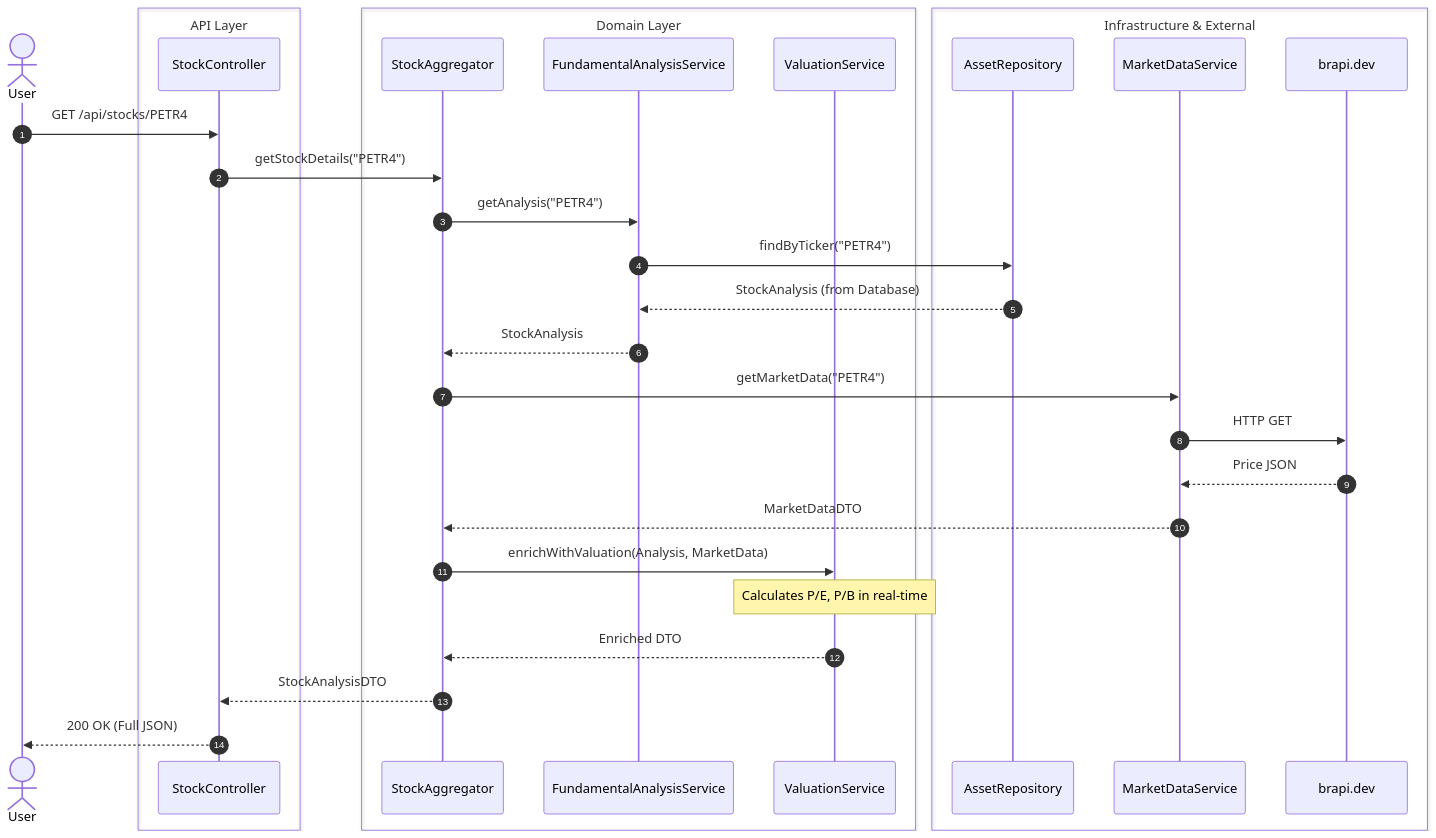
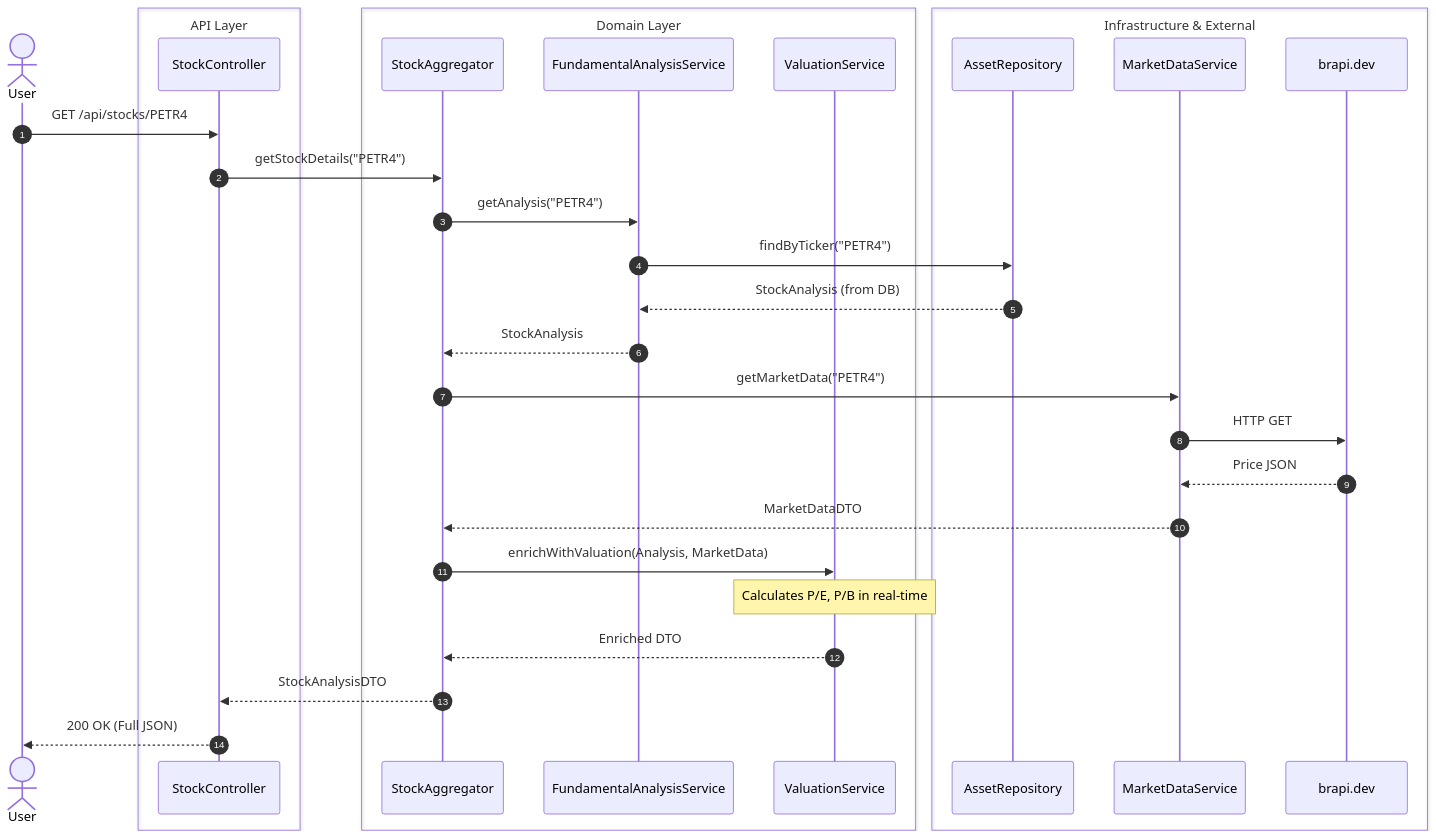
One commit to RaphaelFeijoSalles/acoes-ja-showcase changed the first of 2 diagrams in README-en.md. Above: the diagram before and after it, drawn with Mermaid. The commit also changed other lines of this file and 1 other file, not shown here.

````diff
--- a/README-en.md
+++ b/README-en.md
@@ -39,41 +98,34 @@
 ```mermaid
 sequenceDiagram
     autonumber
     actor User as User
-    
     box API Layer
         participant Controller as StockController
     end
-    
     box Domain Layer
         participant Aggregator as StockAggregator
         participant FundAnalysis as FundamentalAnalysisService
         participant ValService as ValuationService
     end
-    
     box Infrastructure & External
         participant Repo as AssetRepository
         participant Market as MarketDataService
         participant Brapi as brapi.dev
     end
 
     User->>Controller: GET /api/stocks/PETR4
     Controller->>Aggregator: getStockDetails("PETR4")
-    
     Aggregator->>FundAnalysis: getAnalysis("PETR4")
     FundAnalysis->>Repo: findByTicker("PETR4")
-    Repo-->>FundAnalysis: StockAnalysis (from Database)
+    Repo-->>FundAnalysis: StockAnalysis (from DB)
     FundAnalysis-->>Aggregator: StockAnalysis
-    
     Aggregator->>Market: getMarketData("PETR4")
     Market->>Brapi: HTTP GET
     Brapi-->>Market: Price JSON
     Market-->>Aggregator: MarketDataDTO
-    
     Aggregator->>ValService: enrichWithValuation(Analysis, MarketData)
     Note over ValService: Calculates P/E, P/B in real-time
     ValService-->>Aggregator: Enriched DTO
-    
     Aggregator-->>Controller: StockAnalysisDTO
     Controller-->>User: 200 OK (Full JSON)
 ```
````
